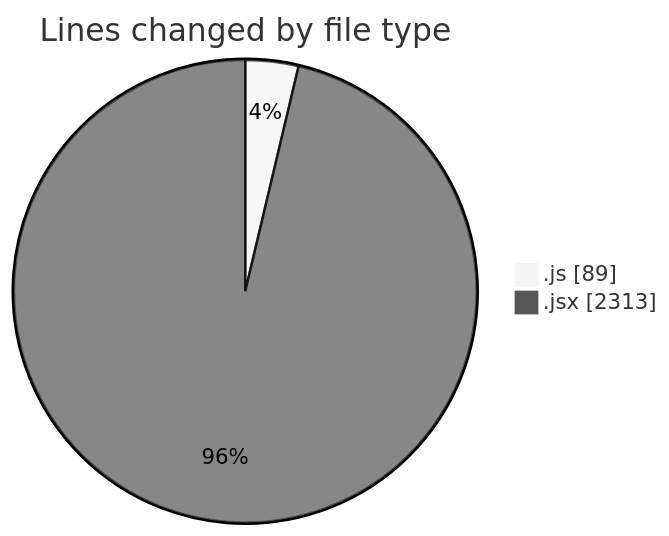
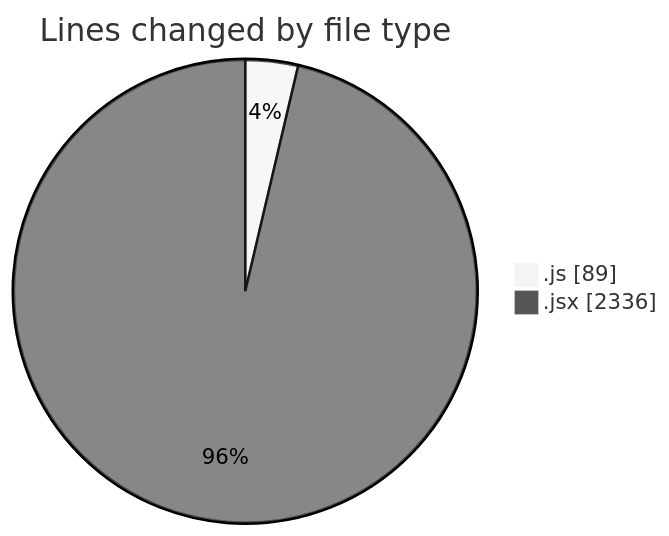
The first of 2 diagrams in 2025-05-03/nxtqube_webapp/README.md (nxtqubesakshisongat/code-tracking), drawn with Mermaid (neutral theme) before and after one commit. The commit also changed other lines of this file and 1 other file, not shown here.

````diff
--- a/2025-05-03/nxtqube_webapp/README.md
+++ b/2025-05-03/nxtqube_webapp/README.md
@@ -23,6 +23,6 @@
 ```mermaid
 pie showData
 title Lines changed by file type
 ".js" : 89
-".jsx" : 2313
+".jsx" : 2336
 ```
````
